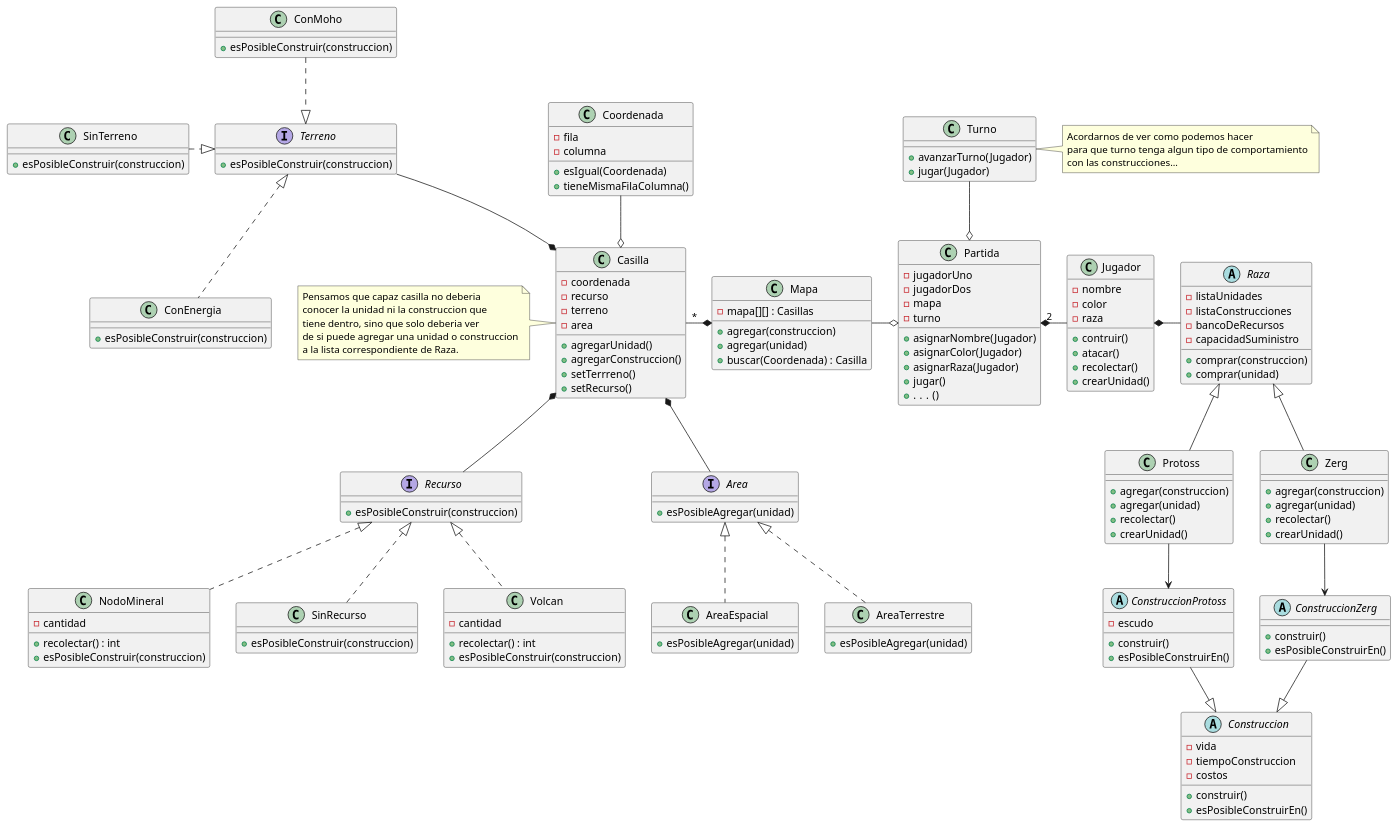
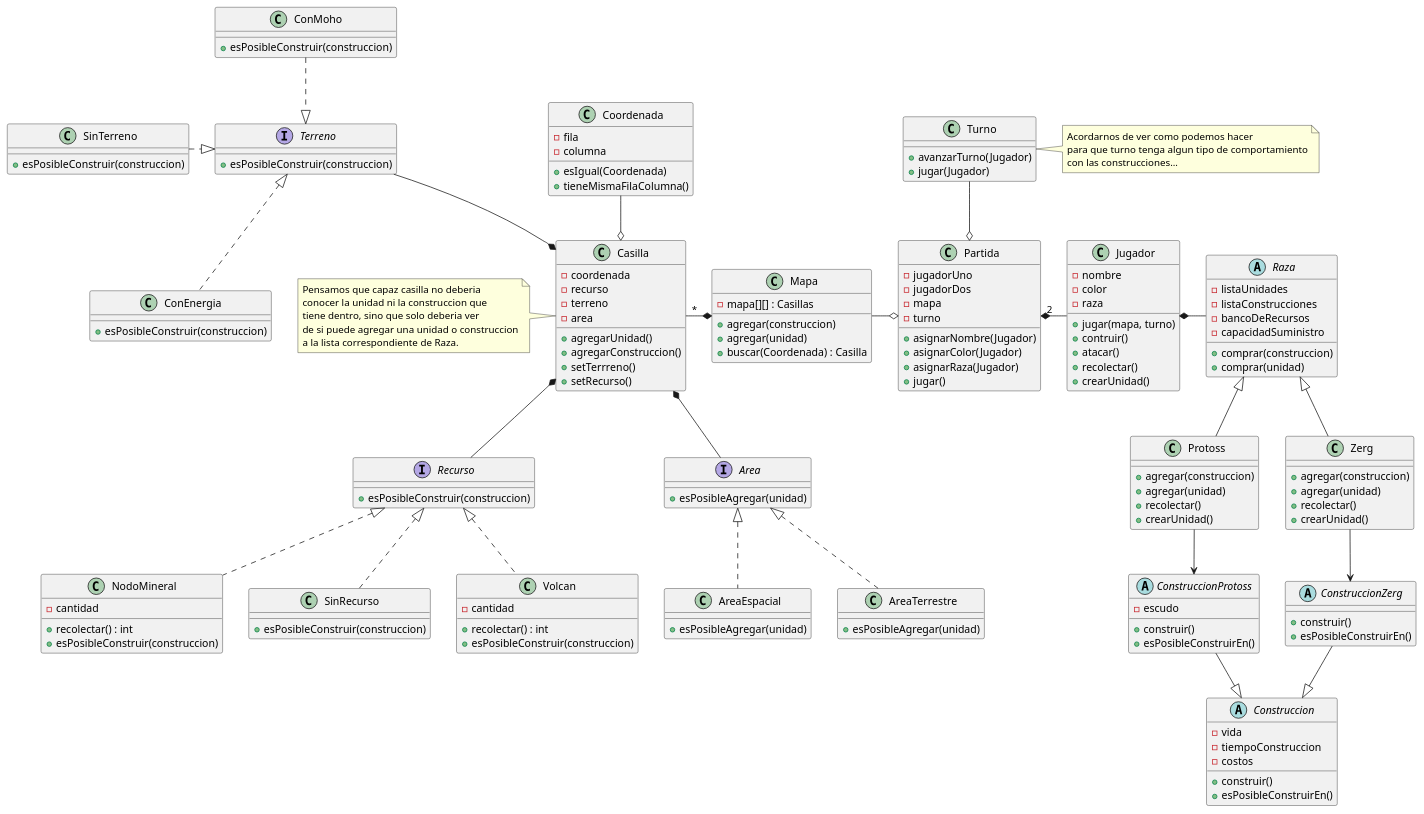
One commit to GiaWong/Algo3_TP2_2C2022 changed the diagram in diagrams/classes/Modelo3/ModeloAlternativo.puml. Above: the diagram before and after it, drawn with PlantUML. The commit also changed 19 other files, not shown here.

```diff
--- a/diagrams/classes/Modelo3/ModeloAlternativo.puml
+++ b/diagrams/classes/Modelo3/ModeloAlternativo.puml
@@ -1,199 +1,199 @@
 @startuml
 'https://plantuml.com/class-diagram
 
 class Partida {
     - jugadorUno
     - jugadorDos
     - mapa
     - turno
 
     + asignarNombre(Jugador)
     + asignarColor(Jugador)
     + asignarRaza(Jugador)
     + jugar()
-    + . . .  ()
 }
 
 class Jugador {
     - nombre
     - color
     - raza
 
+    + jugar(mapa, turno)
     + contruir()
     + atacar()
     + recolectar()
     + crearUnidad()
 }
 
 abstract class Raza {
     - listaUnidades
     - listaConstrucciones
     - bancoDeRecursos
     - capacidadSuministro
 
     + comprar(construccion)
     + comprar(unidad)
 }
 
 class Zerg {
     + agregar(construccion)
     + agregar(unidad)
     + recolectar()
     + crearUnidad()
 }
 
 class Protoss {
     + agregar(construccion)
     + agregar(unidad)
     + recolectar()
     + crearUnidad()
 }
 
 abstract class Construccion {
     - vida
     - tiempoConstruccion
     - costos
     + construir()
     + esPosibleConstruirEn()
 }
 
 abstract class ConstruccionZerg {
     + construir()
     + esPosibleConstruirEn()
 }
 
 abstract class ConstruccionProtoss {
     - escudo
     + construir()
     + esPosibleConstruirEn()
 }
 
 class Mapa {
     - mapa[][] : Casillas
     + agregar(construccion)
     + agregar(unidad)
     + buscar(Coordenada) : Casilla
 }
 
 class Casilla {
     - coordenada
     - recurso
     - terreno
     - area
 
     + agregarUnidad()
     + agregarConstruccion()
     + setTerrreno()
     + setRecurso()
 }
 
 note left
 Pensamos que capaz casilla no deberia
 conocer la unidad ni la construccion que
 tiene dentro, sino que solo deberia ver
 de si puede agregar una unidad o construccion
 a la lista correspondiente de Raza.
 end note
 
 
 class Coordenada {
     - fila
     - columna
 
     +esIgual(Coordenada)
     +tieneMismaFilaColumna()
 }
 
 class SinRecurso {
     + esPosibleConstruir(construccion)
 }
 
 interface Terreno {
     + esPosibleConstruir(construccion)
 }
 
 class ConMoho {
     + esPosibleConstruir(construccion)
 }
 
 class ConEnergia {
     + esPosibleConstruir(construccion)
 }
 
 class SinTerreno {
     + esPosibleConstruir(construccion)
 }
 
 class Volcan {
     - cantidad
     + recolectar() : int
     + esPosibleConstruir(construccion)
 }
 
 class NodoMineral {
     - cantidad
     + recolectar() : int
     + esPosibleConstruir(construccion)
 }
 
 class Turno {
 
    +avanzarTurno(Jugador)
    +jugar(Jugador)
 
 }
 note right
 Acordarnos de ver como podemos hacer
 para que turno tenga algun tipo de comportamiento
 con las construcciones...
 end note
 
 interface Recurso {
     + esPosibleConstruir(construccion)
 }
 
 
 
 Partida "2" *- Jugador
 Mapa -o Partida
 Partida o-up- Turno
 
 Jugador *- Raza
 Raza <|-- Zerg
 Raza <|-- Protoss
 
 Zerg --> ConstruccionZerg
 Protoss --> ConstruccionProtoss
 ConstruccionProtoss --|> Construccion
 ConstruccionZerg --|> Construccion
 
 Casilla "*" -* Mapa
 Terreno --* Casilla
 Coordenada --o Casilla
 Casilla *-- Recurso
 
 Recurso <|.. Volcan
 Recurso <|.. NodoMineral
 Recurso <|.. SinRecurso
 
 ConMoho ..|> Terreno
 Terreno <|.. ConEnergia
 SinTerreno .|> Terreno
 
 interface Area{
  +esPosibleAgregar(unidad)
 }
 class AreaTerrestre{
 +esPosibleAgregar(unidad)
 }
 class AreaEspacial{
 +esPosibleAgregar(unidad)
 }
 
 Casilla *-- Area
 Area <|.. AreaTerrestre
 Area <|.. AreaEspacial
 
 
 
 @enduml
```
